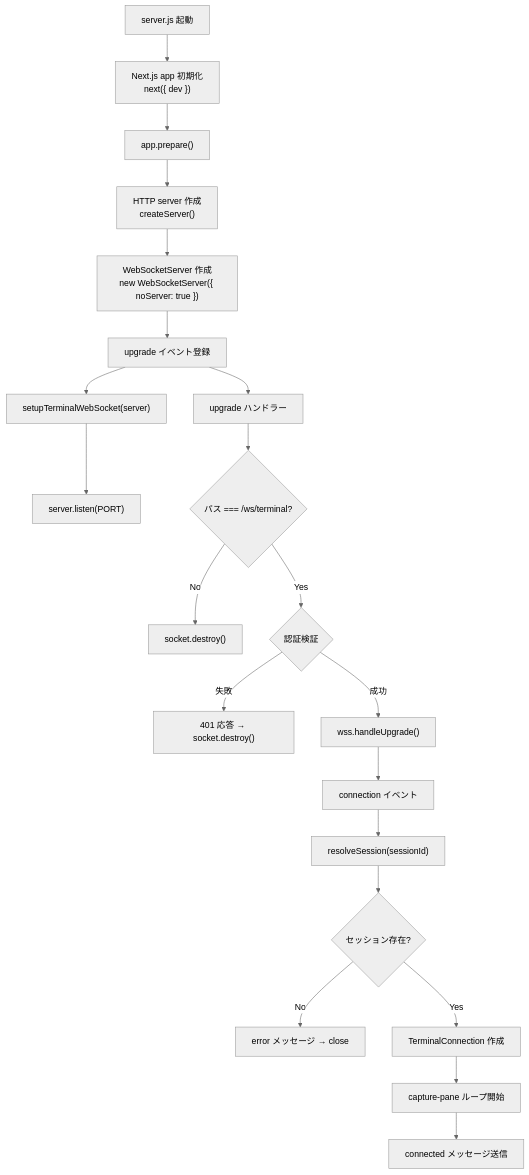
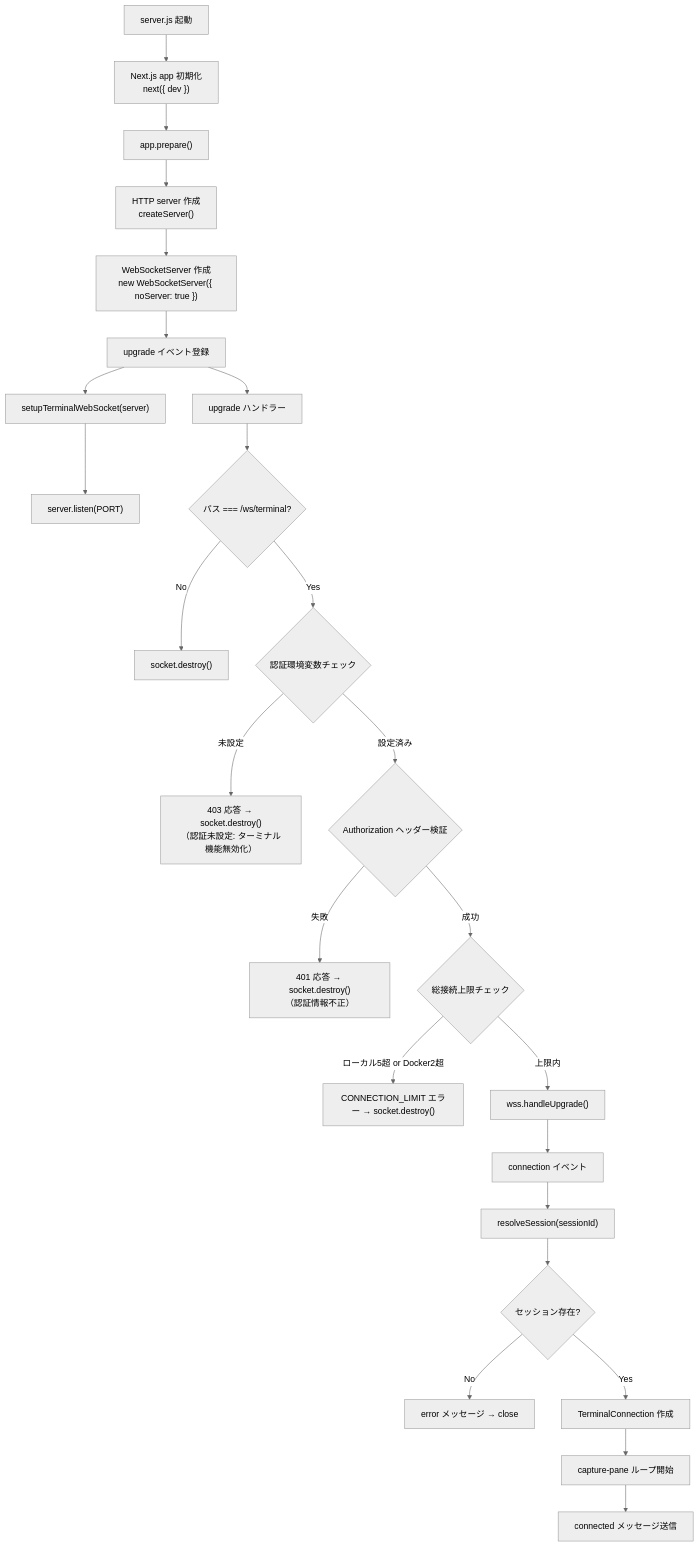
The fifth of 9 diagrams in docs/copilot-session-viewer/design/04_process-flow-design.md (NagasakaH/dev-process), drawn with Mermaid (neutral theme) before and after one commit. The commit also changed other lines of this file and 6 other files, not shown here.

````diff
--- a/docs/copilot-session-viewer/design/04_process-flow-design.md
+++ b/docs/copilot-session-viewer/design/04_process-flow-design.md
@@ -197,24 +198,28 @@
 ```mermaid
 flowchart TD
     A["server.js 起動"] --> B["Next.js app 初期化<br/>next({ dev })"]
     B --> C["app.prepare()"]
     C --> D["HTTP server 作成<br/>createServer()"]
     D --> E["WebSocketServer 作成<br/>new WebSocketServer({ noServer: true })"]
     E --> F["upgrade イベント登録"]
     F --> G["setupTerminalWebSocket(server)"]
     G --> H["server.listen(PORT)"]
 
     F --> I["upgrade ハンドラー"]
     I --> J{パス === /ws/terminal?}
     J -->|"No"| K["socket.destroy()"]
-    J -->|"Yes"| L{認証検証}
-    L -->|"失敗"| M["401 応答 → socket.destroy()"]
-    L -->|"成功"| N["wss.handleUpgrade()"]
+    J -->|"Yes"| L{認証環境変数チェック}
+    L -->|"未設定"| M0["403 応答 → socket.destroy()<br/>（認証未設定: ターミナル機能無効化）"]
+    L -->|"設定済み"| L2{Authorization ヘッダー検証}
+    L2 -->|"失敗"| M["401 応答 → socket.destroy()<br/>（認証情報不正）"]
+    L2 -->|"成功"| N0{総接続上限チェック}
+    N0 -->|"ローカル5超 or Docker2超"| N1["CONNECTION_LIMIT エラー → socket.destroy()"]
+    N0 -->|"上限内"| N["wss.handleUpgrade()"]
     N --> O["connection イベント"]
     O --> P["resolveSession(sessionId)"]
     P --> Q{セッション存在?}
     Q -->|"No"| R["error メッセージ → close"]
     Q -->|"Yes"| S["TerminalConnection 作成"]
     S --> T["capture-pane ループ開始"]
     T --> U["connected メッセージ送信"]
 ```
````
